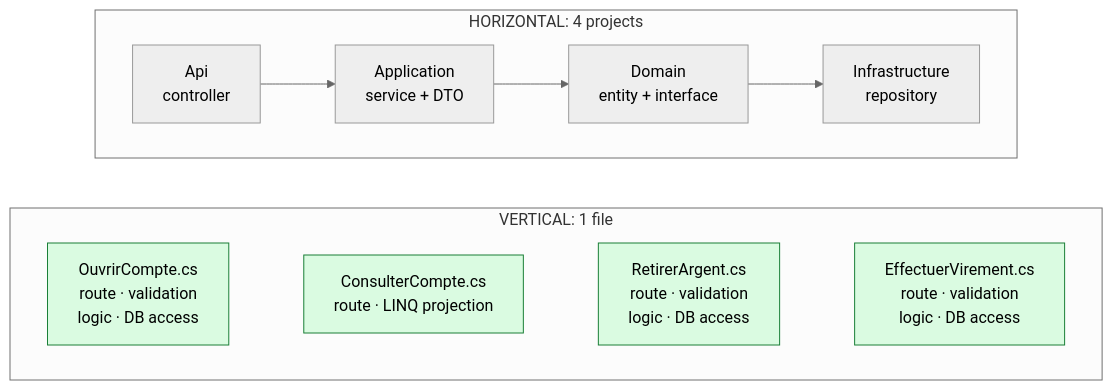
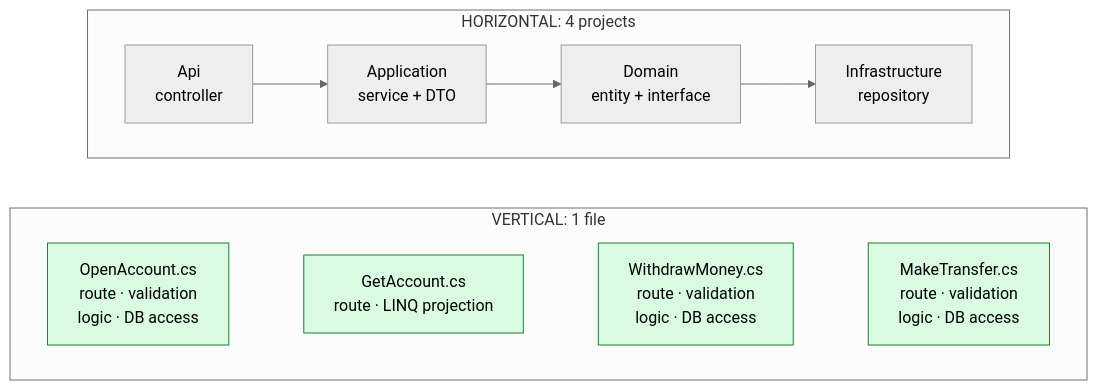
Before and after one commit to drangoht/ArchitecturesDemo: the first of 2 diagrams in Docs/en/05-vertical-slice.md, drawn with Mermaid (neutral theme). The commit also changed other lines of this file and 78 other files, not shown here.

First line of the commit message:
Docs EN : identifiants, liens, diagrammes et sorties alignés sur le code anglais

````diff
--- a/Docs/en/05-vertical-slice.md
+++ b/Docs/en/05-vertical-slice.md
@@ -17,19 +17,19 @@
 ```mermaid
 flowchart TB
     subgraph H["HORIZONTAL: 4 projects"]
         direction LR
         h1["Api<br/>controller"] --> h2["Application<br/>service + DTO"] --> h3["Domain<br/>entity + interface"] --> h4["Infrastructure<br/>repository"]
     end
     subgraph V["VERTICAL: 1 file"]
         direction LR
-        s1["OuvrirCompte.cs<br/>route · validation<br/>logic · DB access"]
-        s2["ConsulterCompte.cs<br/>route · LINQ projection"]
-        s3["RetirerArgent.cs<br/>route · validation<br/>logic · DB access"]
-        s4["EffectuerVirement.cs<br/>route · validation<br/>logic · DB access"]
+        s1["OpenAccount.cs<br/>route · validation<br/>logic · DB access"]
+        s2["GetAccount.cs<br/>route · LINQ projection"]
+        s3["WithdrawMoney.cs<br/>route · validation<br/>logic · DB access"]
+        s4["MakeTransfer.cs<br/>route · validation<br/>logic · DB access"]
         s1 ~~~ s2 ~~~ s3 ~~~ s4
     end
     H ~~~ V
 
     classDef tranche fill:#dafbe1,stroke:#1a7f37
     class s1,s2,s3,s4 tranche
 ```
````
